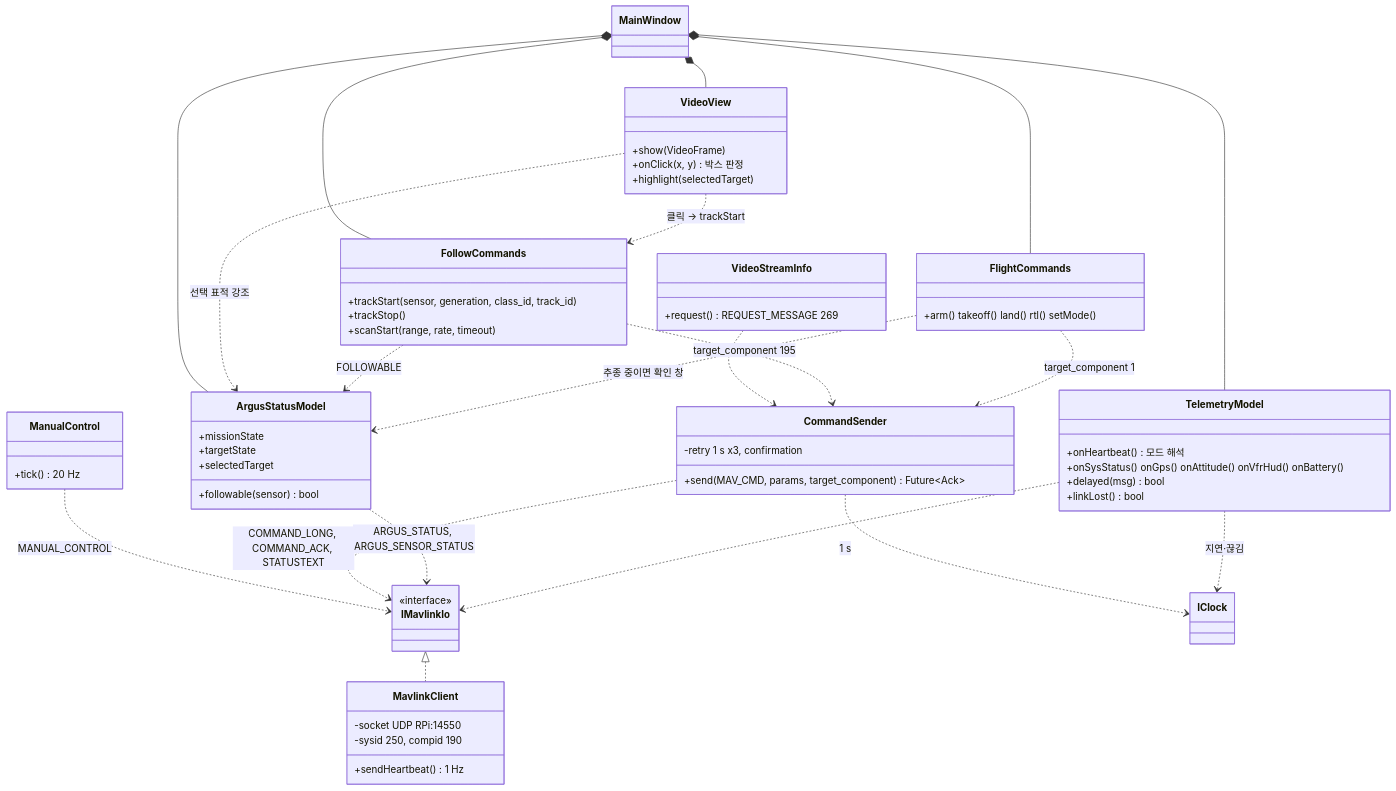
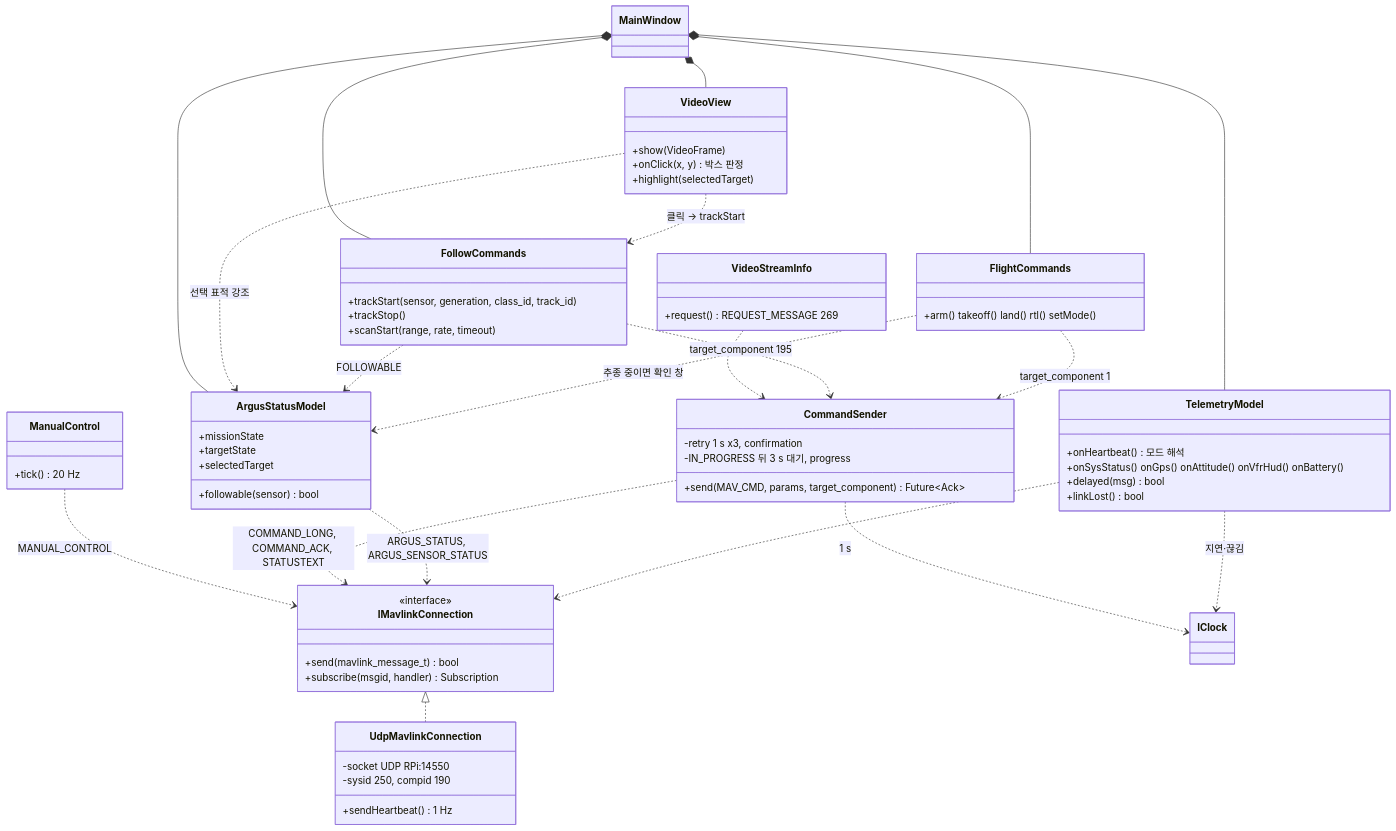
The diagram in docs/design/uml/class_gcs.md (lig-argus/argus-edge-vision), drawn with Mermaid before and after one commit. The commit also changed other lines of this file and 7 other files, not shown here.

````diff
--- a/docs/design/uml/class_gcs.md
+++ b/docs/design/uml/class_gcs.md
@@ -9,67 +9,70 @@
 ```mermaid
 classDiagram
-    class IMavlinkIo {
+    class IMavlinkConnection {
         <<interface>>
+        +send(mavlink_message_t) bool
+        +subscribe(msgid, handler) Subscription
     }
-    class MavlinkClient {
+    class UdpMavlinkConnection {
         -socket UDP RPi:14550
         -sysid 250, compid 190
         +sendHeartbeat() 1 Hz
     }
     class TelemetryModel {
         +onHeartbeat() 모드 해석
         +onSysStatus() onGps() onAttitude() onVfrHud() onBattery()
         +delayed(msg) bool
         +linkLost() bool
     }
     class ArgusStatusModel {
         +missionState
         +targetState
         +selectedTarget
         +followable(sensor) bool
     }
     class CommandSender {
         +send(MAV_CMD, params, target_component) Future~Ack~
         -retry 1 s x3, confirmation
+        -IN_PROGRESS 뒤 3 s 대기, progress
     }
     class FlightCommands {
         +arm() takeoff() land() rtl() setMode()
     }
     class FollowCommands {
         +trackStart(sensor, generation, class_id, track_id)
         +trackStop()
         +scanStart(range, rate, timeout)
     }
     class ManualControl {
         +tick() 20 Hz
     }
     class VideoStreamInfo {
         +request() REQUEST_MESSAGE 269
     }
     class VideoView {
         +show(VideoFrame)
         +onClick(x, y) 박스 판정
         +highlight(selectedTarget)
     }
     class MainWindow
 
-    IMavlinkIo <|.. MavlinkClient
-    TelemetryModel ..> IMavlinkIo
+    IMavlinkConnection <|.. UdpMavlinkConnection
+    TelemetryModel ..> IMavlinkConnection
     TelemetryModel ..> IClock : 지연·끊김
-    ArgusStatusModel ..> IMavlinkIo : ARGUS_STATUS, ARGUS_SENSOR_STATUS
-    CommandSender ..> IMavlinkIo : COMMAND_LONG, COMMAND_ACK, STATUSTEXT
+    ArgusStatusModel ..> IMavlinkConnection : ARGUS_STATUS, ARGUS_SENSOR_STATUS
+    CommandSender ..> IMavlinkConnection : COMMAND_LONG, COMMAND_ACK, STATUSTEXT
     CommandSender ..> IClock : 1 s
     FlightCommands ..> CommandSender : target_component 1
     FlightCommands ..> ArgusStatusModel : 추종 중이면 확인 창
     FollowCommands ..> CommandSender : target_component 195
     FollowCommands ..> ArgusStatusModel : FOLLOWABLE
-    ManualControl ..> IMavlinkIo : MANUAL_CONTROL
+    ManualControl ..> IMavlinkConnection : MANUAL_CONTROL
     VideoStreamInfo ..> CommandSender
     VideoView ..> FollowCommands : 클릭 → trackStart
     VideoView ..> ArgusStatusModel : 선택 표적 강조
     MainWindow *-- TelemetryModel
     MainWindow *-- ArgusStatusModel
     MainWindow *-- VideoView
     MainWindow *-- FlightCommands
     MainWindow *-- FollowCommands
 ```
````
